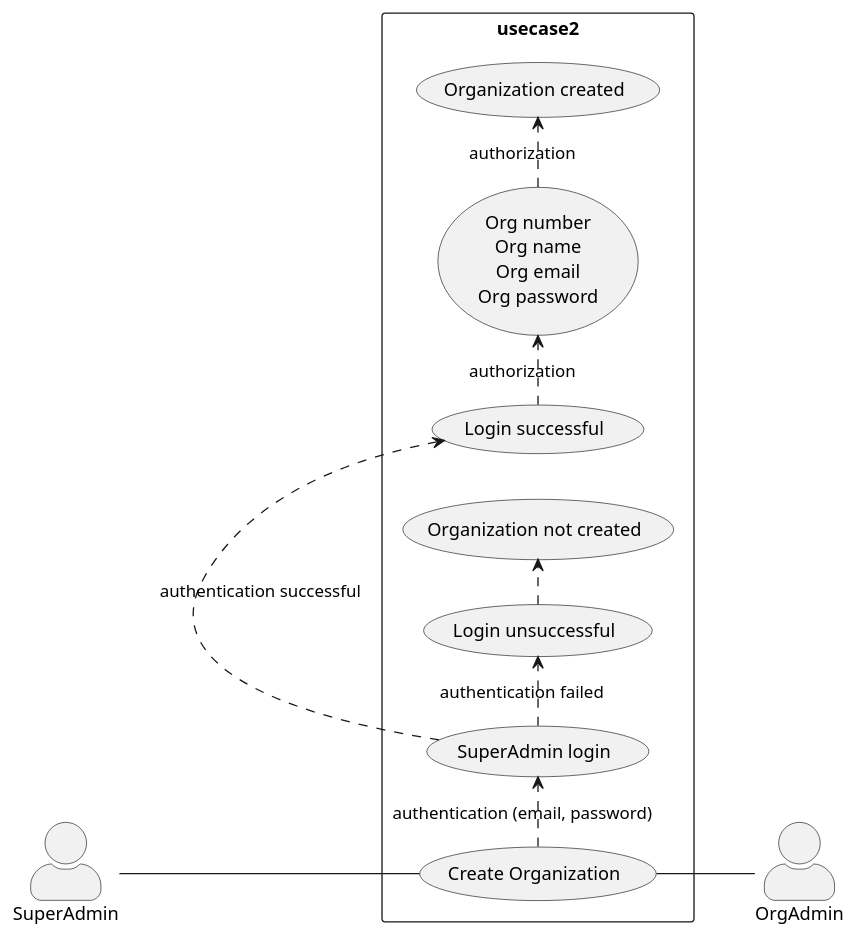
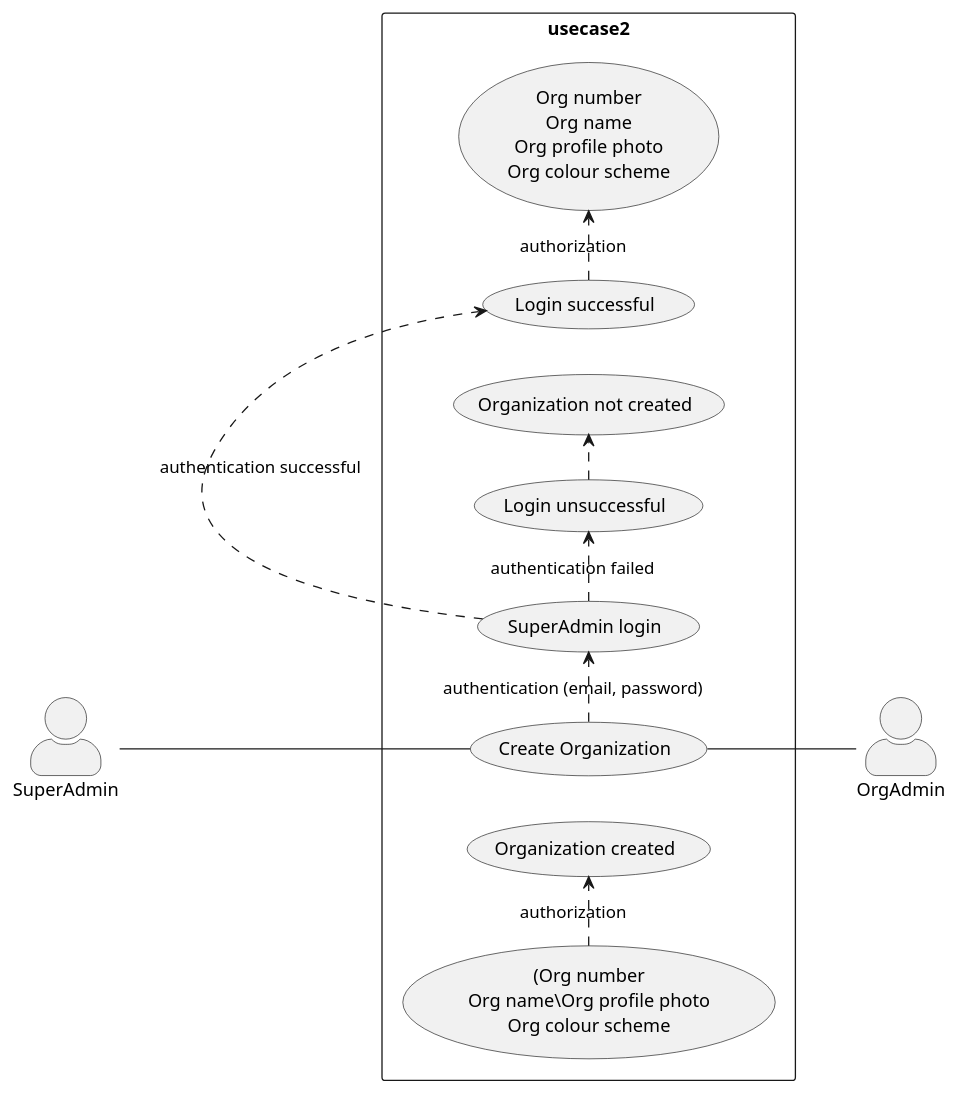
One commit to wawerualbert/CodeHub changed the diagram in 2_super_admin_usecase2.wsd. Above: the diagram before and after it, drawn with PlantUML.

Commit message:
update organization details

```diff
--- a/2_super_admin_usecase2.wsd
+++ b/2_super_admin_usecase2.wsd
@@ -1,20 +1,20 @@
 @startumlSuperAdmin
 
 skinparam actorStyle awesome
 left to right direction
 skinparam packageStyle rectangle
 
 actor SuperAdmin
 actor OrgAdmin
 rectangle usecase2 {
   SuperAdmin-- (Create Organization)
   (Create Organization) .> (SuperAdmin login) : authentication (email, password)
   (SuperAdmin login) .> (Login successful) : authentication successful
-  (Login successful) .> (Org number\nOrg name\nOrg email\nOrg password) : authorization
-  (Org number\nOrg name\nOrg email\nOrg password) .> (Organization created) : authorization 
+  (Login successful) .> (Org number\nOrg name\nOrg profile photo\nOrg colour scheme) : authorization
+  ((Org number\nOrg name\Org profile photo\nOrg colour scheme) .> (Organization created) : authorization 
   (SuperAdmin login) .> (Login unsuccessful) : authentication failed
   (Login unsuccessful) .> (Organization not created)  
   (Create Organization)-- OrgAdmin
 }
 
 @enduml
```
